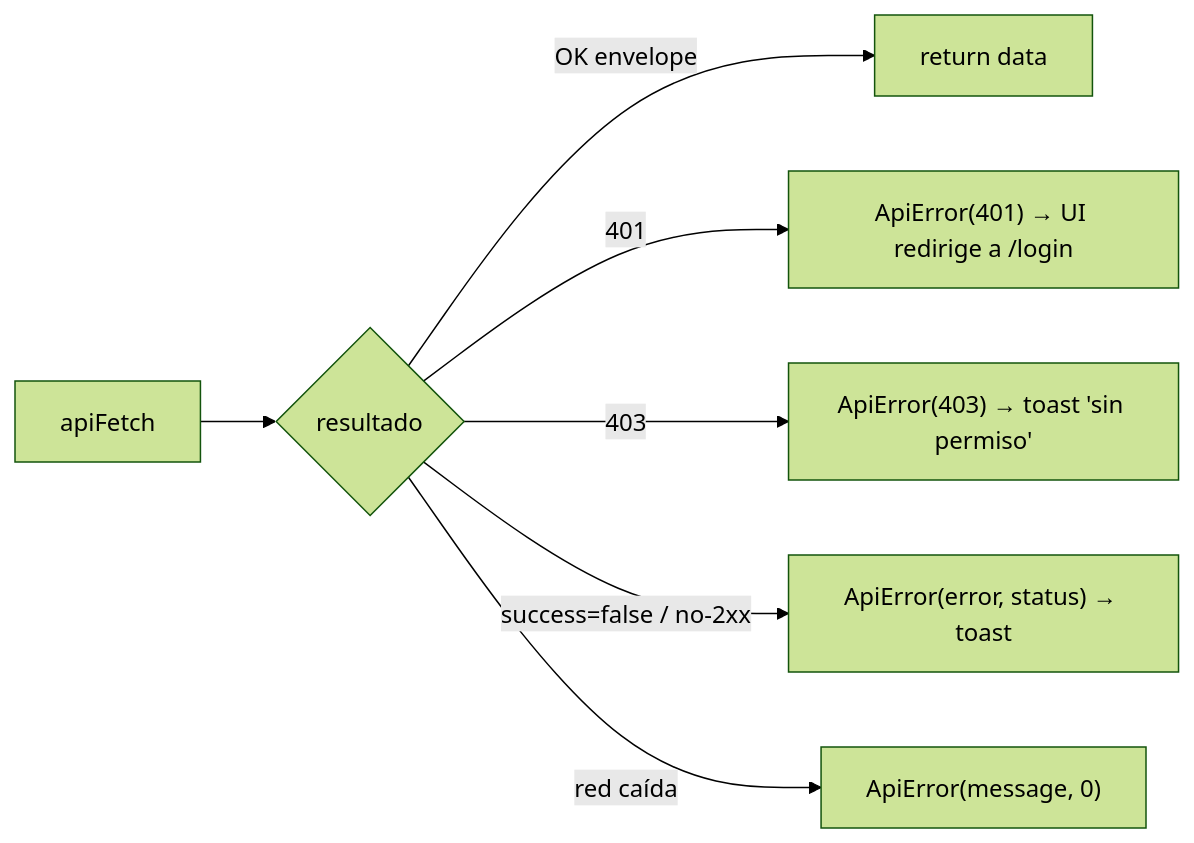
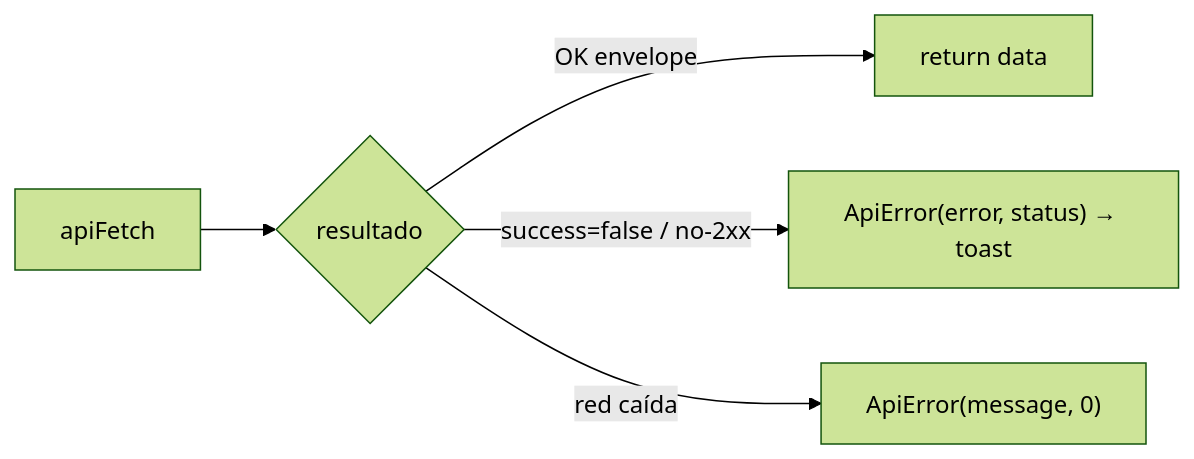
Before and after one commit to Carlosmps97/web-data-model-hub: the sixth of 6 diagrams in doc/data-flow.md, drawn with Mermaid (forest theme). The commit also changed other lines of this file and 181 other files, not shown here.

````diff
--- a/doc/data-flow.md
+++ b/doc/data-flow.md
@@ -160,9 +144,7 @@
 ```mermaid
 flowchart LR
     F["apiFetch"] --> S{"resultado"}
     S -->|"OK envelope"| OK["return data"]
-    S -->|"401"| A["ApiError(401) → UI redirige a /login"]
-    S -->|"403"| FB["ApiError(403) → toast 'sin permiso'"]
     S -->|"success=false / no-2xx"| BE["ApiError(error, status) → toast"]
     S -->|"red caída"| NET["ApiError(message, 0)"]
 ```
````
